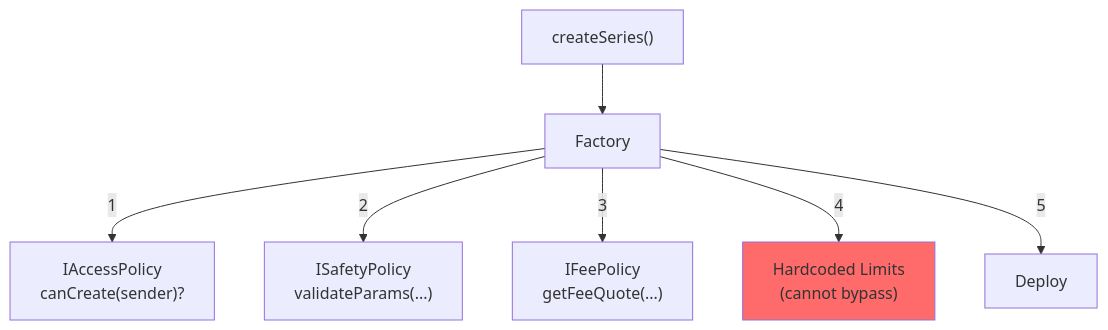
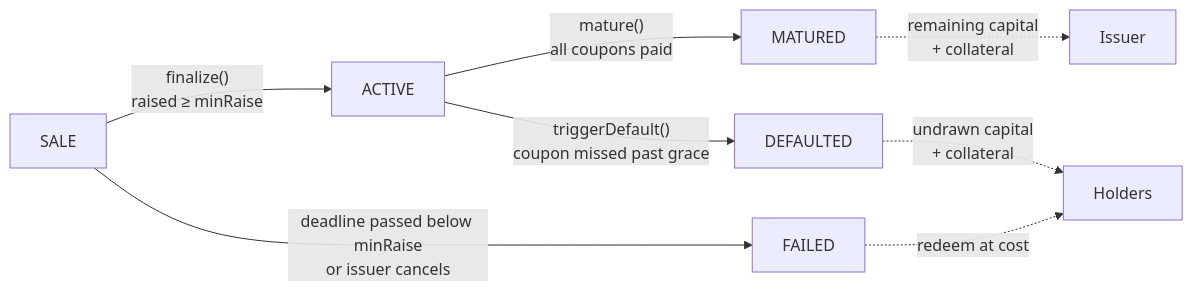
One commit to EquorumProtocol/Equorum-Revenue-Bonds changed the first of 2 diagrams in WHITEPAPER.md. Above: the diagram before and after it, drawn with Mermaid. The commit also changed other lines of this file and 4 other files, not shown here.

````diff
--- a/WHITEPAPER.md
+++ b/WHITEPAPER.md
@@ -330,10 +82,10 @@
 ```mermaid
-flowchart TB
-    U["createSeries()"] --> F["Factory"]
-    F -->|"1"| AP["IAccessPolicy<br/>canCreate(sender)?"]
-    F -->|"2"| SP["ISafetyPolicy<br/>validateParams(...)"]
-    F -->|"3"| FP["IFeePolicy<br/>getFeeQuote(...)"]
-    F -->|"4"| HL["Hardcoded Limits<br/>(cannot bypass)"]
-    F -->|"5"| D["Deploy"]
-    style HL fill:#ff6b6b
+flowchart LR
+    SALE -->|"finalize()<br/>raised ≥ minRaise"| ACTIVE
+    SALE -->|"deadline passed below minRaise<br/>or issuer cancels"| FAILED
+    ACTIVE -->|"mature()<br/>all coupons paid"| MATURED
+    ACTIVE -->|"triggerDefault()<br/>coupon missed past grace"| DEFAULTED
+    FAILED -.->|"redeem at cost"| H["Holders"]
+    DEFAULTED -.->|"undrawn capital<br/>+ collateral"| H
+    MATURED -.->|"remaining capital<br/>+ collateral"| I["Issuer"]
 ```
````
